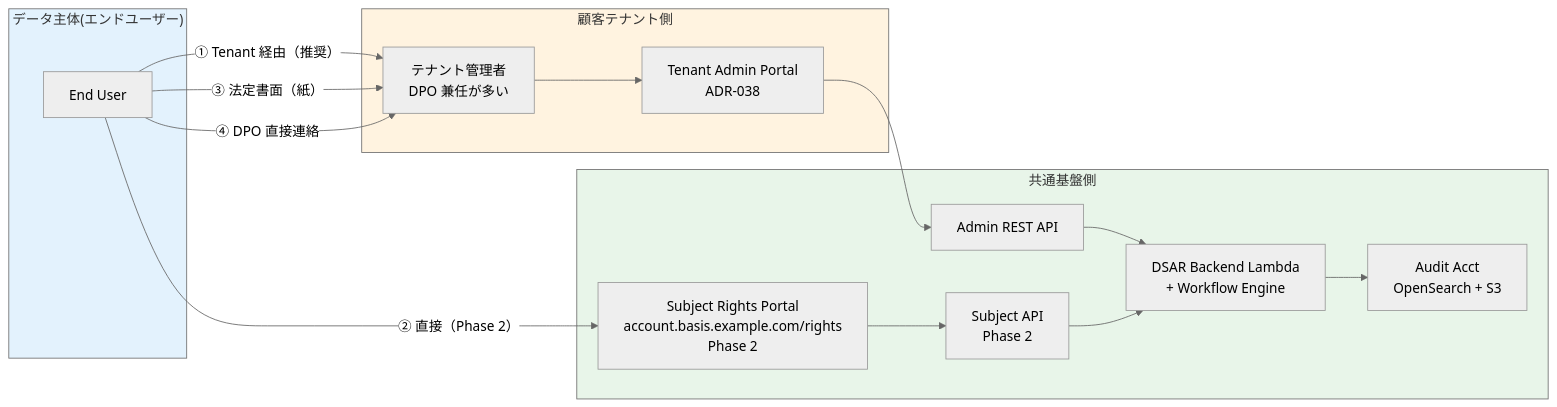
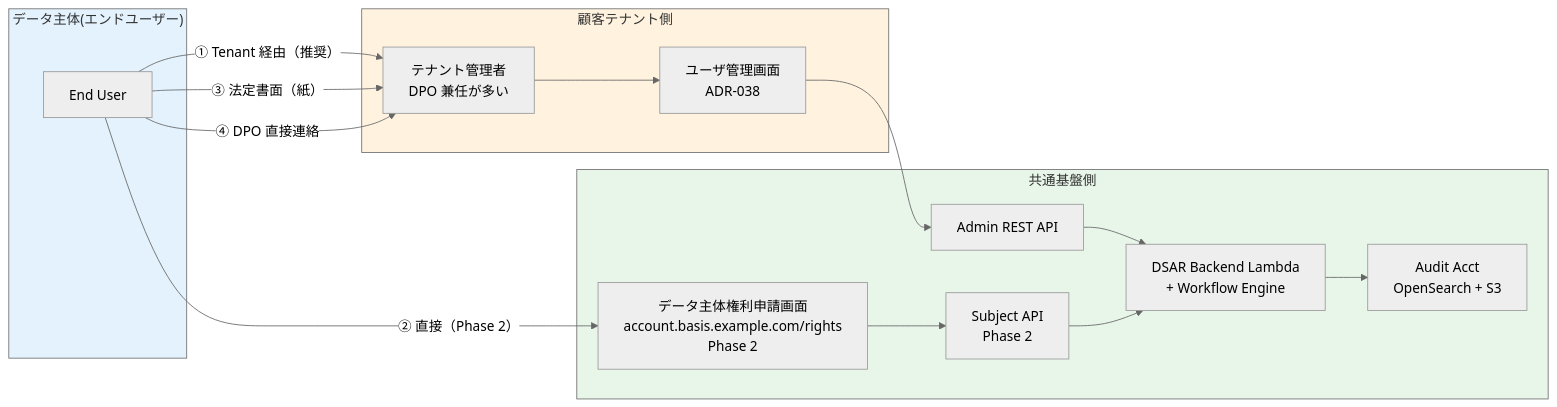
Before and after one commit to suepie/aws-atuh-poc: the first of 3 diagrams in doc/adr/048-data-portability-subject-rights.md, drawn with Mermaid (neutral theme). The commit also changed other lines of this file and 53 other files, not shown here.

````diff
--- a/doc/adr/048-data-portability-subject-rights.md
+++ b/doc/adr/048-data-portability-subject-rights.md
@@ -97,35 +97,35 @@
 ```mermaid
 flowchart LR
     subgraph Subject["データ主体(エンドユーザー)"]
         End[End User]
     end
 
     subgraph Tenant["顧客テナント側"]
         TADMIN[テナント管理者<br/>DPO 兼任が多い]
-        TAPortal[Tenant Admin Portal<br/>ADR-038]
+        TAPortal[ユーザ管理画面<br/>ADR-038]
     end
 
     subgraph Basis["共通基盤側"]
-        SubPortal[Subject Rights Portal<br/>account.basis.example.com/rights<br/>Phase 2]
+        SubPortal[データ主体権利申請画面<br/>account.basis.example.com/rights<br/>Phase 2]
         AdminAPI[Admin REST API]
         SubjectAPI[Subject API<br/>Phase 2]
         Backend[DSAR Backend Lambda<br/>+ Workflow Engine]
         Audit[Audit Acct<br/>OpenSearch + S3]
     end
 
     End -->|① Tenant 経由（推奨）| TADMIN
     End -->|② 直接（Phase 2）| SubPortal
     End -->|③ 法定書面（紙）| TADMIN
     End -->|④ DPO 直接連絡| TADMIN
 
     TADMIN --> TAPortal
     TAPortal --> AdminAPI
     SubPortal --> SubjectAPI
     AdminAPI --> Backend
     SubjectAPI --> Backend
     Backend --> Audit
 
     style Subject fill:#e3f2fd
     style Tenant fill:#fff3e0
     style Basis fill:#e8f5e9
 ```
````
